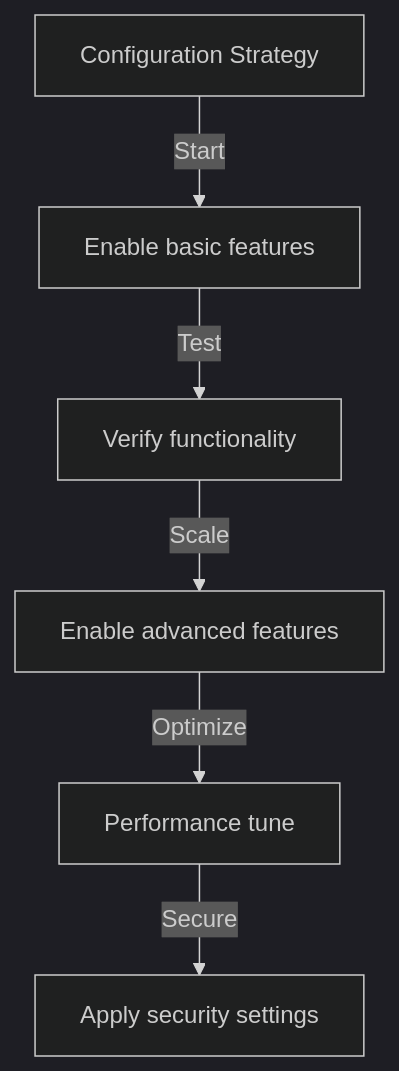
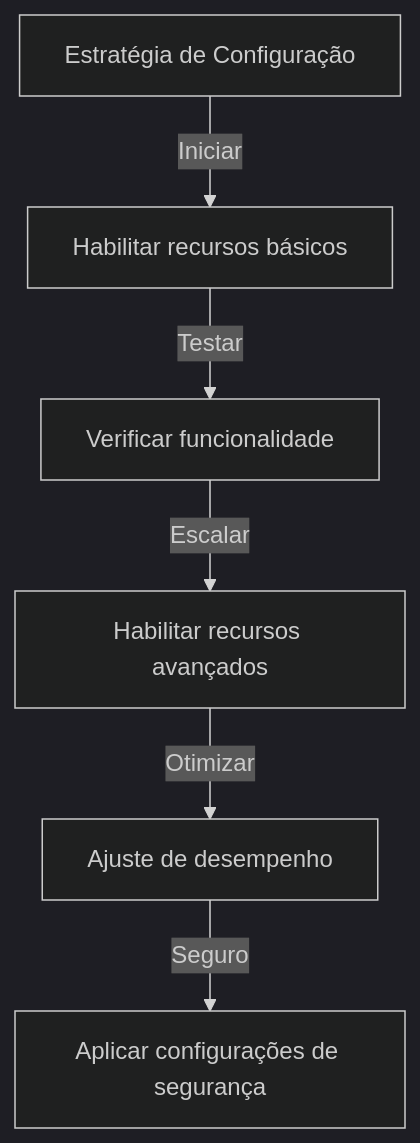
One commit to mambax7/xoops-docs changed the second of 2 diagrams in apps/docs-27/src/content/docs/pt/modules/publisher/user-guide/configuration.md. Above: the diagram before and after it, drawn with Mermaid (dark theme). The commit also changed other lines of this file and 162 other files, not shown here.

````diff
--- a/apps/docs-27/src/content/docs/pt/modules/publisher/user-guide/configuration.md
+++ b/apps/docs-27/src/content/docs/pt/modules/publisher/user-guide/configuration.md
@@ -544,8 +544,8 @@
 ```mermaid
 graph TD
-    A[Configuration Strategy] -->|Start| B[Enable basic features]
-    B -->|Test| C[Verify functionality]
-    C -->|Scale| D[Enable advanced features]
-    D -->|Optimize| E[Performance tune]
-    E -->|Secure| F[Apply security settings]
+    A[Estratégia de Configuração] -->|Iniciar| B[Habilitar recursos básicos]
+    B -->|Testar| C[Verificar funcionalidade]
+    C -->|Escalar| D[Habilitar recursos avançados]
+    D -->|Otimizar| E[Ajuste de desempenho]
+    E -->|Seguro| F[Aplicar configurações de segurança]
 ```
````
